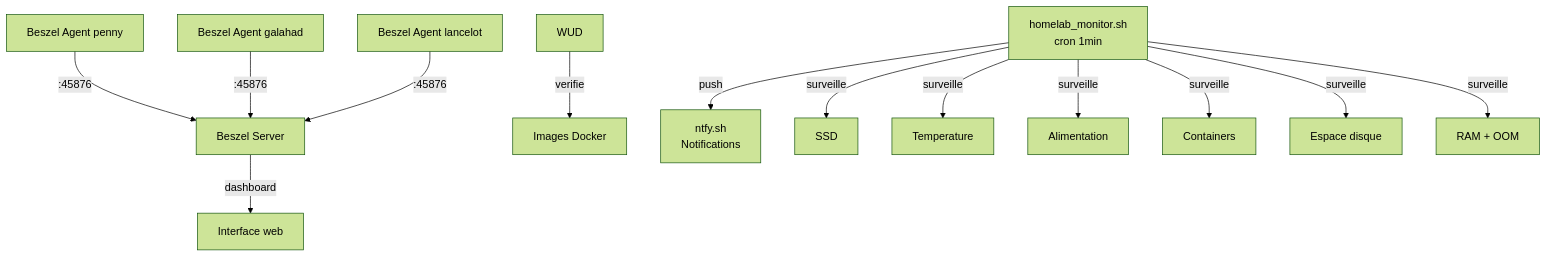
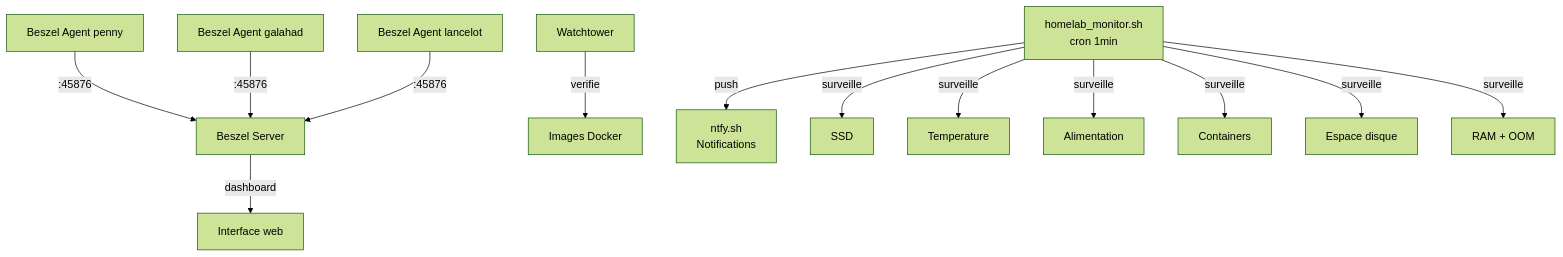
One commit to GabinSMD/homelab-doc changed the diagram in docs/infrastructure/monitoring.md. Above: the diagram before and after it, drawn with Mermaid (forest theme). The commit also changed other lines of this file and 17 other files, not shown here.

````diff
--- a/docs/infrastructure/monitoring.md
+++ b/docs/infrastructure/monitoring.md
@@ -5,17 +5,17 @@
 ```mermaid
 graph TD
     Script[homelab_monitor.sh<br/>cron 1min] -->|push| Ntfy[ntfy.sh<br/>Notifications]
     Beszel[Beszel Server] -->|dashboard| Web[Interface web]
-    WUD[WUD] -->|verifie| Docker[Images Docker]
+    WT[Watchtower] -->|verifie| Docker[Images Docker]
     
     Script -->|surveille| SSD[SSD]
     Script -->|surveille| Temp[Temperature]
     Script -->|surveille| Power[Alimentation]
     Script -->|surveille| Containers[Containers]
     Script -->|surveille| Disk[Espace disque]
     Script -->|surveille| RAM[RAM + OOM]
 
     Agent1[Beszel Agent penny] -->|:45876| Beszel
     Agent2[Beszel Agent galahad] -->|:45876| Beszel
     Agent3[Beszel Agent lancelot] -->|:45876| Beszel
 ```
````
